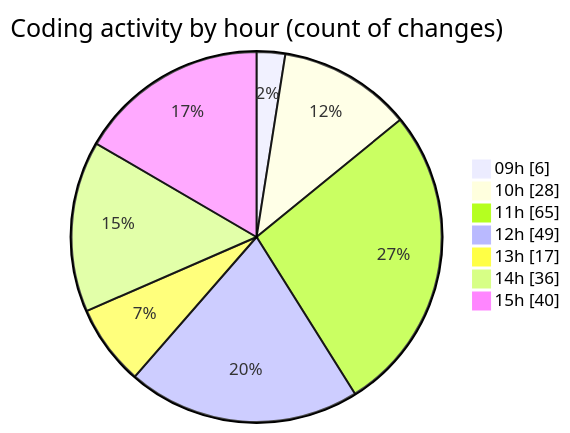
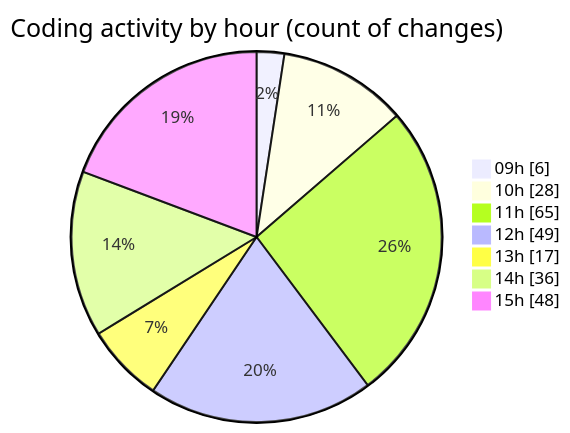
The second of 2 diagrams in 2025-03-27/cda/README.md (momahboobian/code-tracking), drawn with Mermaid before and after one commit. The commit also changed other lines of this file and 1 other file, not shown here.

````diff
--- a/2025-03-27/cda/README.md
+++ b/2025-03-27/cda/README.md
@@ -31,11 +31,11 @@
 ```mermaid
 pie showData
 title Coding activity by hour (count of changes)
 "09h" : 6
 "10h" : 28
 "11h" : 65
 "12h" : 49
 "13h" : 17
 "14h" : 36
-"15h" : 40
+"15h" : 48
 ```
````
